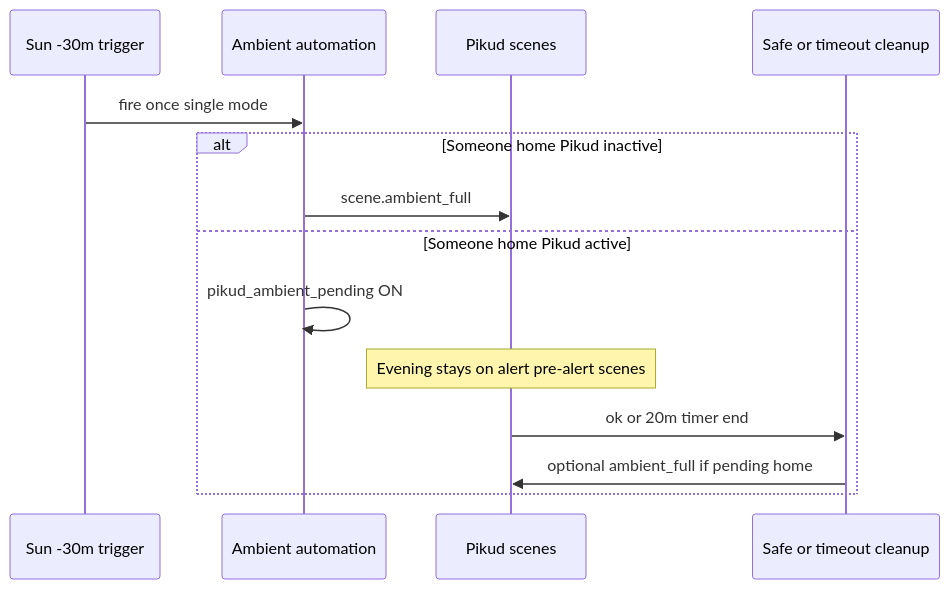
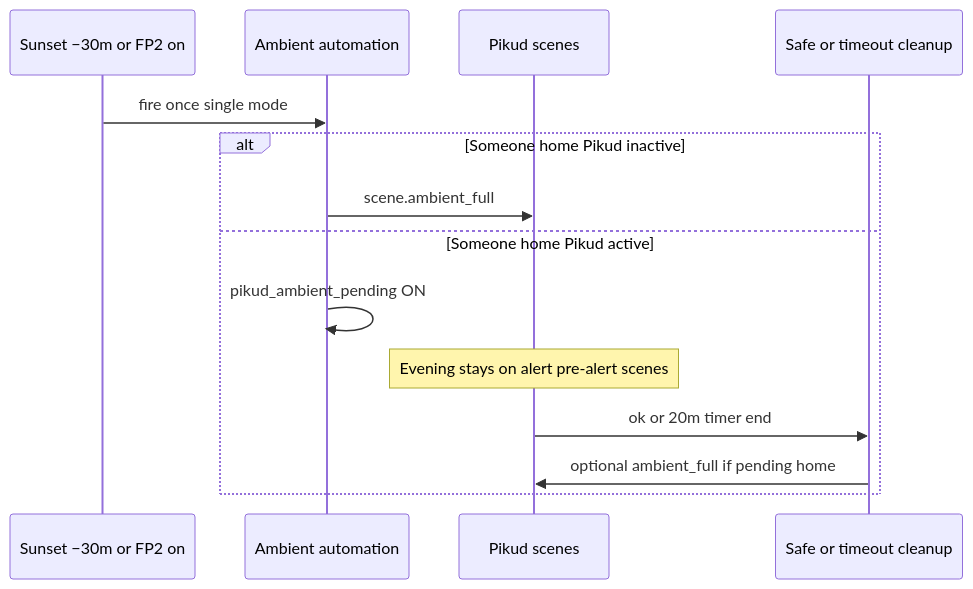
Before and after one commit to maximunited/hass: the fourth of 4 diagrams in repo-docs/automations-ambient-sunset.md, drawn with Mermaid. The commit also changed other lines of this file and 4 other files, not shown here.

````diff
--- a/repo-docs/automations-ambient-sunset.md
+++ b/repo-docs/automations-ambient-sunset.md
@@ -93,17 +121,17 @@
 ```mermaid
 sequenceDiagram
-  participant Sun as Sun -30m trigger
+  participant Trig as Sunset −30m or FP2 on
   participant Amb as Ambient automation
   participant Pik as Pikud scenes
   participant Safe as Safe or timeout cleanup
 
-  Sun->>Amb: fire once single mode
+  Trig->>Amb: fire once single mode
   alt Someone home Pikud inactive
     Amb->>Pik: scene.ambient_full
   else Someone home Pikud active
     Amb->>Amb: pikud_ambient_pending ON
     Note over Pik: Evening stays on alert pre-alert scenes
     Pik->>Safe: ok or 20m timer end
     Safe->>Pik: optional ambient_full if pending home
   end
 ```
````
